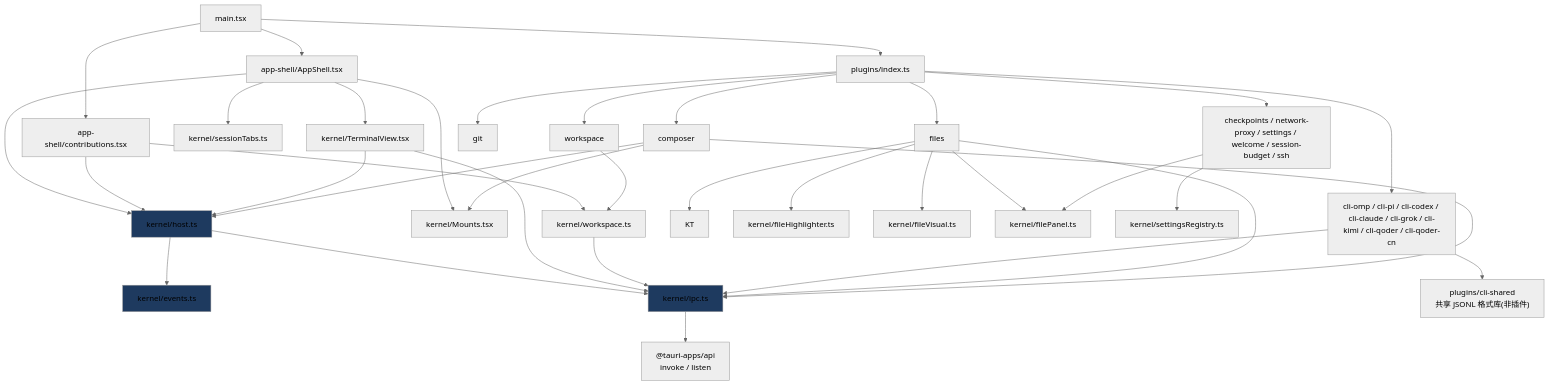
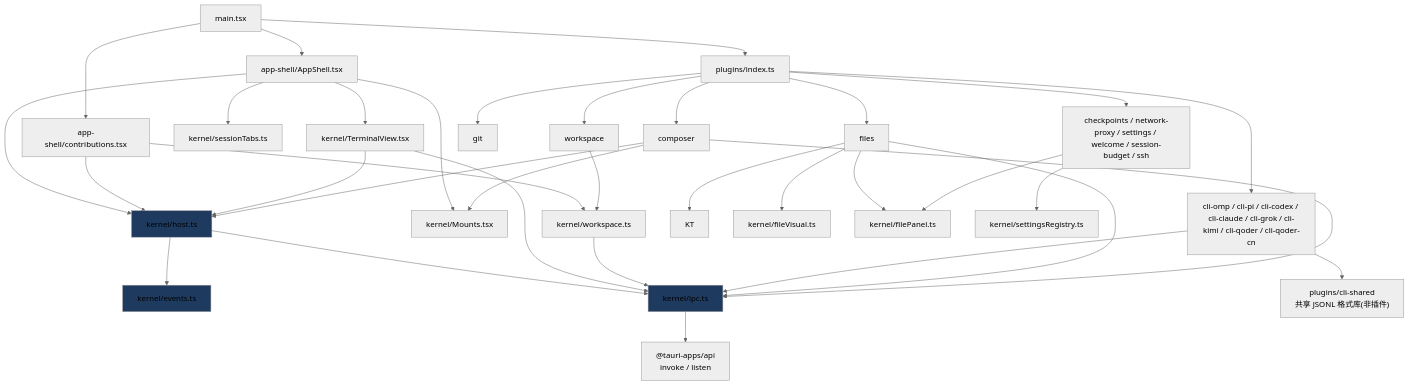
Before and after one commit to chenxiangning/tmd-cli: the eighth of 8 diagrams in docs/architecture/02-code-architecture.md, drawn with Mermaid (neutral theme). The commit also changed other lines of this file and 62 other files, not shown here.

````diff
--- a/docs/architecture/02-code-architecture.md
+++ b/docs/architecture/02-code-architecture.md
@@ -341,39 +339,39 @@
 ```mermaid
 flowchart TD
     M["main.tsx"] --> AS["app-shell/AppShell.tsx"]
     M --> CT["app-shell/contributions.tsx"]
     M --> PI["plugins/index.ts"]
 
     AS --> KH["kernel/host.ts"]
     AS --> KM["kernel/Mounts.tsx"]
     AS --> KTV["kernel/TerminalView.tsx"]
     AS --> KST["kernel/sessionTabs.ts"]
     CT --> KH
     CT --> KW["kernel/workspace.ts"]
 
     PI --> P1["cli-omp / cli-pi / cli-codex / cli-claude / cli-grok / cli-kimi / cli-qoder / cli-qoder-cn"]
     PI --> P2["workspace"]
     PI --> P3["files"]
     PI --> P4["git"]
     PI --> P5["composer"]
     PI --> P6["checkpoints / network-proxy / settings / welcome / session-budget / ssh"]
 
     KH --> KE["kernel/events.ts"]
     KH --> KI["kernel/ipc.ts"]
     KTV --> KI
     KTV --> KH
     KW --> KI
 
     P1 --> KI
     P1 --> SH["plugins/cli-shared<br/>共享 JSONL 格式库(非插件)"]
     P2 --> KW
-    P3 --> KI & KT & KFH["kernel/fileHighlighter.ts"] & KFV["kernel/fileVisual.ts"] & KFP["kernel/filePanel.ts"]
+    P3 --> KI & KT & KFV["kernel/fileVisual.ts"] & KFP["kernel/filePanel.ts"]
     P6 --> KFP & KSR["kernel/settingsRegistry.ts"]
     P5 --> KH & KM & KI
 
     KI --> TAPI["@tauri-apps/api<br/>invoke / listen"]
 
     style KE fill:#1e3a5f
     style KI fill:#1e3a5f
     style KH fill:#1e3a5f
 ```
````
